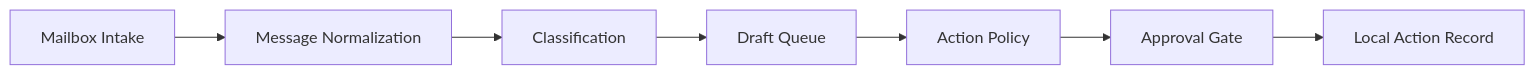
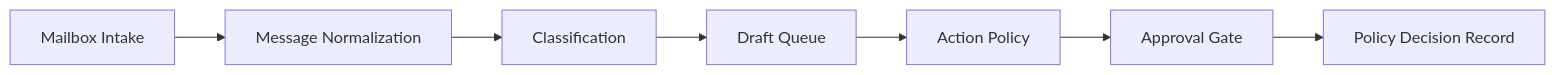
The diagram in showcases/mailbox-agent-system/README.md (Daniel-24-life/AIfile), drawn with Mermaid before and after one commit. The commit also changed other lines of this file and 6 other files, not shown here.

````diff
--- a/showcases/mailbox-agent-system/README.md
+++ b/showcases/mailbox-agent-system/README.md
@@ -9,9 +9,9 @@
 ```mermaid
 flowchart LR
     A["Mailbox Intake"] --> B["Message Normalization"]
     B --> C["Classification"]
     C --> D["Draft Queue"]
     D --> E["Action Policy"]
     E --> F["Approval Gate"]
-    F --> G["Local Action Record"]
+    F --> G["Policy Decision Record"]
 ```
````
